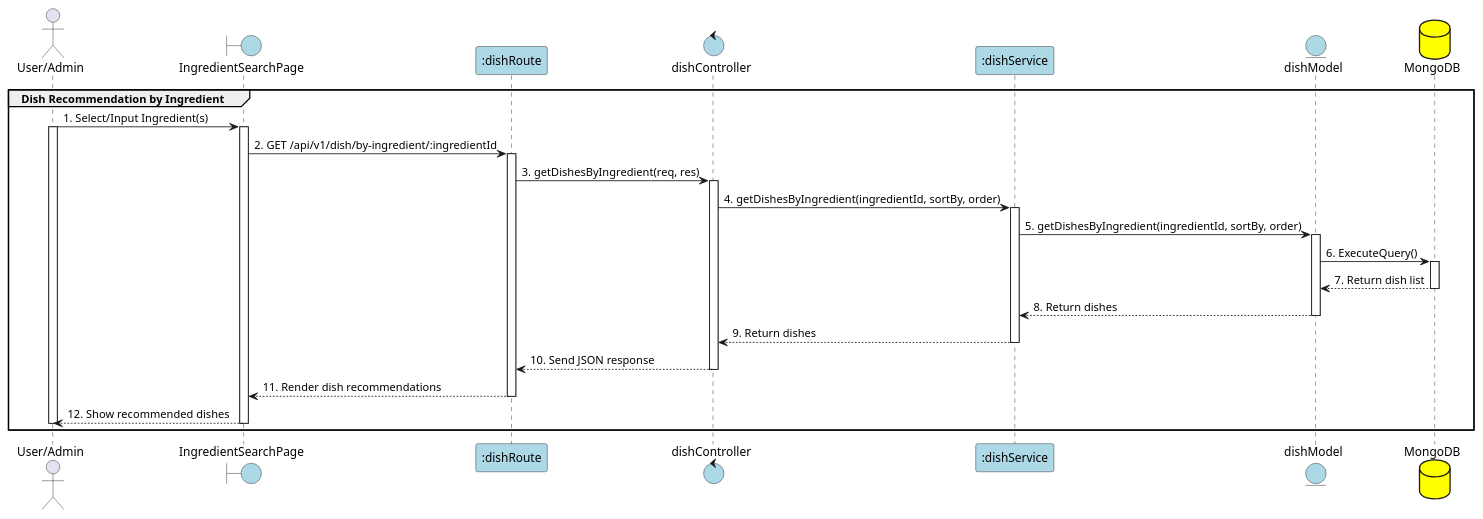
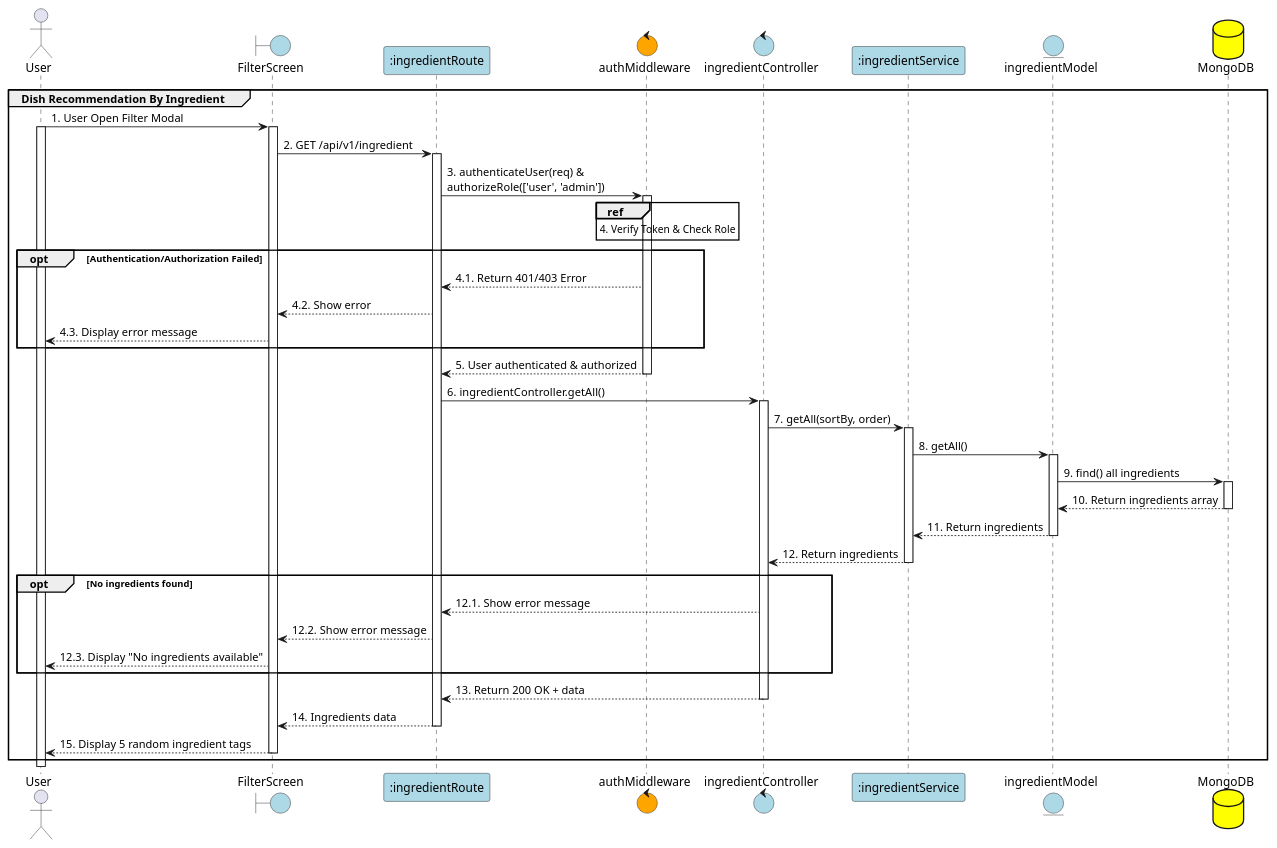
One commit to Aohkne/CaloCook changed the diagram in PlanUML/new/UC-30_dishRecommendationByIngredient.puml. Above: the diagram before and after it, drawn with PlantUML. The commit also changed 4 other files, not shown here.

```diff
--- a/PlanUML/new/UC-30_dishRecommendationByIngredient.puml
+++ b/PlanUML/new/UC-30_dishRecommendationByIngredient.puml
@@ -1,52 +1,75 @@
-@startuml DishRecommendationByIngredient
+@startuml Dish Recommendation By Ingredient
 
-actor "User/Admin" as User
-boundary "IngredientSearchPage" as View #lightblue
-participant ":dishRoute" as Route #lightblue
-control "dishController" as Controller #lightblue
-participant ":dishService" as Service #lightblue
-entity "dishModel" as Model #lightblue
+actor User as "User"
+boundary "FilterScreen" as View #lightblue
+participant ":ingredientRoute" as Route #lightblue
+control "authMiddleware" as Auth #orange
+control "ingredientController" as Controller #lightblue
+participant ":ingredientService" as Service #lightblue
+entity "ingredientModel" as Model #lightblue
 database "MongoDB" as MongoDB #yellow
 
-group Dish Recommendation by Ingredient
-User -> View: 1. Select/Input Ingredient(s)
+Group Dish Recommendation By Ingredient
+
+
+User -> View: 1. User Open Filter Modal
+activate User
 activate View
-activate User
 
-View -> Route: 2. GET /api/v1/dish/by-ingredient/:ingredientId
+View -> Route: 2. GET /api/v1/ingredient
 activate Route
 
-Route -> Controller: 3. getDishesByIngredient(req, res)
+Route -> Auth: 3. authenticateUser(req) &\nauthorizeRole(['user', 'admin'])
+activate Auth
+
+ref over Auth : 4. Verify Token & Check Role
+
+opt Authentication/Authorization Failed
+    Auth --> Route: 4.1. Return 401/403 Error
+    Route --> View: 4.2. Show error
+    View --> User: 4.3. Display error message
+end
+
+Auth --> Route: 5. User authenticated & authorized
+deactivate Auth
+
+Route -> Controller: 6. ingredientController.getAll()
 activate Controller
 
-Controller -> Service: 4. getDishesByIngredient(ingredientId, sortBy, order)
+Controller -> Service: 7. getAll(sortBy, order)
 activate Service
 
-Service -> Model: 5. getDishesByIngredient(ingredientId, sortBy, order)
+Service -> Model: 8. getAll()
 activate Model
 
-Model -> MongoDB: 6. ExecuteQuery()
+Model -> MongoDB: 9. find() all ingredients
 activate MongoDB
-
-MongoDB --> Model: 7. Return dish list
+MongoDB --> Model: 10. Return ingredients array
 deactivate MongoDB
 
-Model --> Service: 8. Return dishes
+Model --> Service: 11. Return ingredients
 deactivate Model
 
-Service --> Controller: 9. Return dishes
+Service --> Controller: 12. Return ingredients
 deactivate Service
 
-Controller --> Route: 10. Send JSON response
+opt No ingredients found
+    Controller --> Route: 12.1. Show error message
+    Route --> View: 12.2. Show error message
+    View --> User: 12.3. Display "No ingredients available"
+end
+
+Controller --> Route: 13. Return 200 OK + data
 deactivate Controller
 
-Route --> View: 11. Render dish recommendations
+Route --> View: 14. Ingredients data
 deactivate Route
 
-View --> User: 12. Show recommended dishes
+View --> User: 15. Display 5 random ingredient tags
 deactivate View
-deactivate User
+
+
 
 end
 
 @enduml
```
